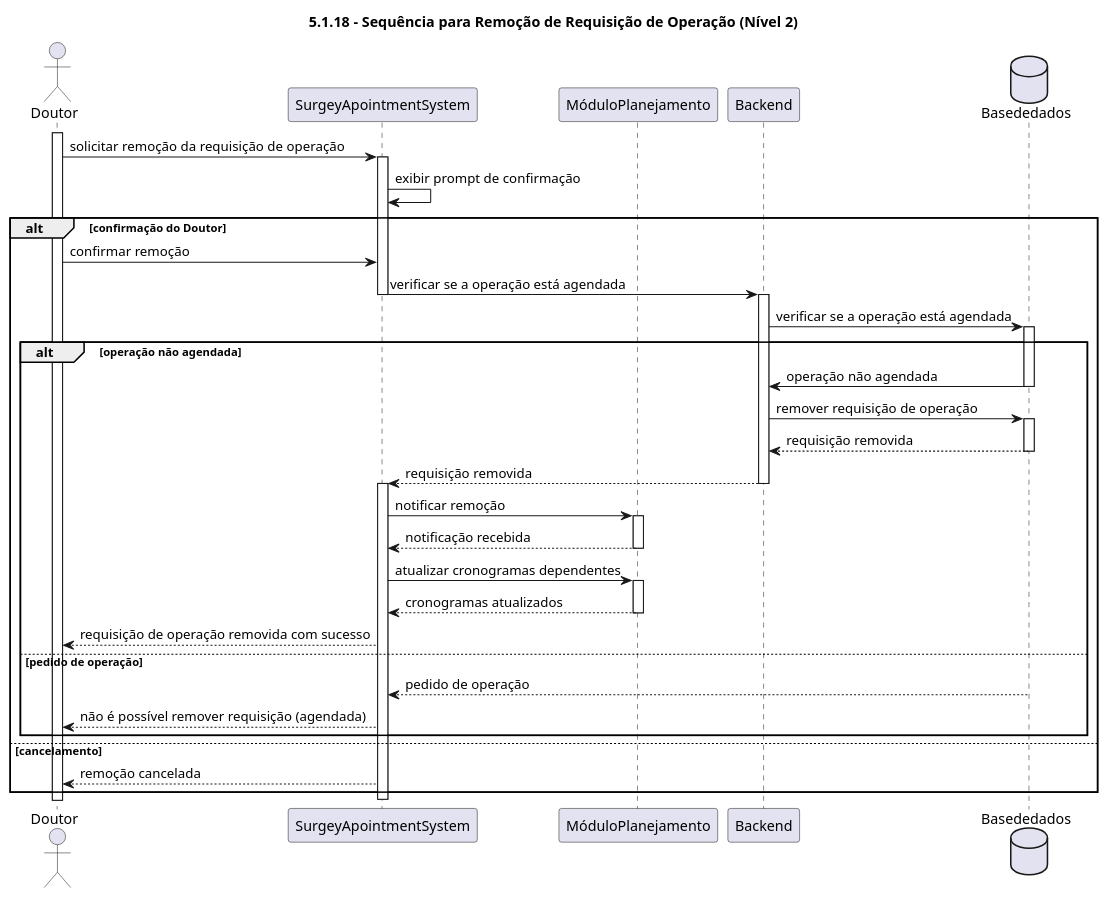
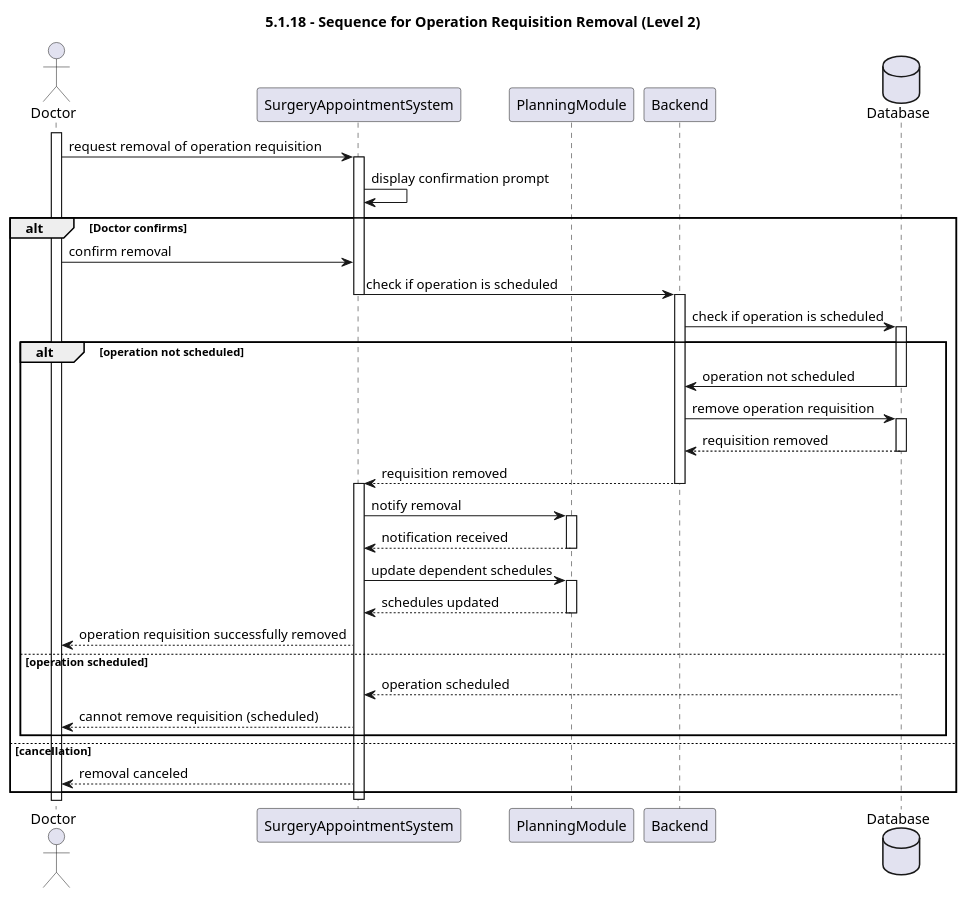
One commit to MateusCabral2004/sem5pi changed the diagram in docs/Sprint 1/US 5.1.18/SequenceDiagram/Level2/SequenceDiagram.puml. Above: the diagram before and after it, drawn with PlantUML. The commit also changed 7 other files, not shown here.

```diff
--- a/docs/Sprint 1/US 5.1.18/SequenceDiagram/Level2/SequenceDiagram.puml
+++ b/docs/Sprint 1/US 5.1.18/SequenceDiagram/Level2/SequenceDiagram.puml
@@ -1,60 +1,59 @@
 @startuml
-title 5.1.18 - Sequência para Remoção de Requisição de Operação (Nível 2)
+title 5.1.18 - Sequence for Operation Requisition Removal (Level 2)
 
-actor Doutor
-participant SurgeyApointmentSystem
-participant MóduloPlanejamento
+actor Doctor
+participant SurgeryAppointmentSystem
+participant PlanningModule
 participant Backend
-database Basededados
+database Database
 
-activate Doutor
+activate Doctor
 
-Doutor -> SurgeyApointmentSystem: solicitar remoção da requisição de operação
-activate SurgeyApointmentSystem
+Doctor -> SurgeryAppointmentSystem: request removal of operation requisition
+activate SurgeryAppointmentSystem
 
-SurgeyApointmentSystem -> SurgeyApointmentSystem: exibir prompt de confirmação
+SurgeryAppointmentSystem -> SurgeryAppointmentSystem: display confirmation prompt
 
-alt confirmação do Doutor
-    Doutor -> SurgeyApointmentSystem: confirmar remoção
+alt Doctor confirms
+    Doctor -> SurgeryAppointmentSystem: confirm removal
 
-    SurgeyApointmentSystem -> Backend: verificar se a operação está agendada
-    deactivate SurgeyApointmentSystem
+    SurgeryAppointmentSystem -> Backend: check if operation is scheduled
+    deactivate SurgeryAppointmentSystem
     activate Backend
-        Backend -> Basededados: verificar se a operação está agendada
+        Backend -> Database: check if operation is scheduled
 
-    activate Basededados
-    alt operação não agendada
-        Basededados -> Backend: operação não agendada
-        deactivate Basededados
+    activate Database
+    alt operation not scheduled
+        Database -> Backend: operation not scheduled
+        deactivate Database
 
-        Backend -> Basededados: remover requisição de operação
-        activate Basededados
-        Basededados --> Backend: requisição removida
-        deactivate Basededados
-                Backend --> SurgeyApointmentSystem: requisição removida
+        Backend -> Database: remove operation requisition
+        activate Database
+        Database --> Backend: requisition removed
+        deactivate Database
+        Backend --> SurgeryAppointmentSystem: requisition removed
         deactivate Backend
-        activate SurgeyApointmentSystem
+        activate SurgeryAppointmentSystem
 
+        SurgeryAppointmentSystem -> PlanningModule: notify removal
+        activate PlanningModule
+        PlanningModule --> SurgeryAppointmentSystem: notification received
+        deactivate PlanningModule
+        
+        SurgeryAppointmentSystem -> PlanningModule: update dependent schedules
+        activate PlanningModule
+        PlanningModule --> SurgeryAppointmentSystem: schedules updated
+        deactivate PlanningModule
 
-        SurgeyApointmentSystem -> MóduloPlanejamento: notificar remoção
-        activate MóduloPlanejamento
-        MóduloPlanejamento --> SurgeyApointmentSystem: notificação recebida
-        deactivate MóduloPlanejamento
-        
-        SurgeyApointmentSystem -> MóduloPlanejamento: atualizar cronogramas dependentes
-        activate MóduloPlanejamento
-        MóduloPlanejamento --> SurgeyApointmentSystem: cronogramas atualizados
-        deactivate MóduloPlanejamento
-
-        SurgeyApointmentSystem --> Doutor: requisição de operação removida com sucesso
-    else pedido de operação
-        Basededados --> SurgeyApointmentSystem: pedido de operação
-        deactivate Basededados
-        SurgeyApointmentSystem --> Doutor: não é possível remover requisição (agendada)
+        SurgeryAppointmentSystem --> Doctor: operation requisition successfully removed
+    else operation scheduled
+        Database --> SurgeryAppointmentSystem: operation scheduled
+        deactivate Database
+        SurgeryAppointmentSystem --> Doctor: cannot remove requisition (scheduled)
     end
-else cancelamento
-    SurgeyApointmentSystem --> Doutor: remoção cancelada
+else cancellation
+    SurgeryAppointmentSystem --> Doctor: removal canceled
 end
 
-deactivate SurgeyApointmentSystem
+deactivate SurgeryAppointmentSystem
 @enduml
```
